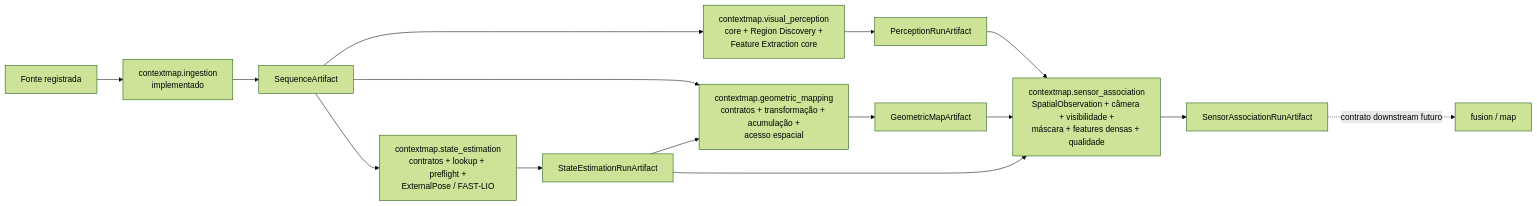
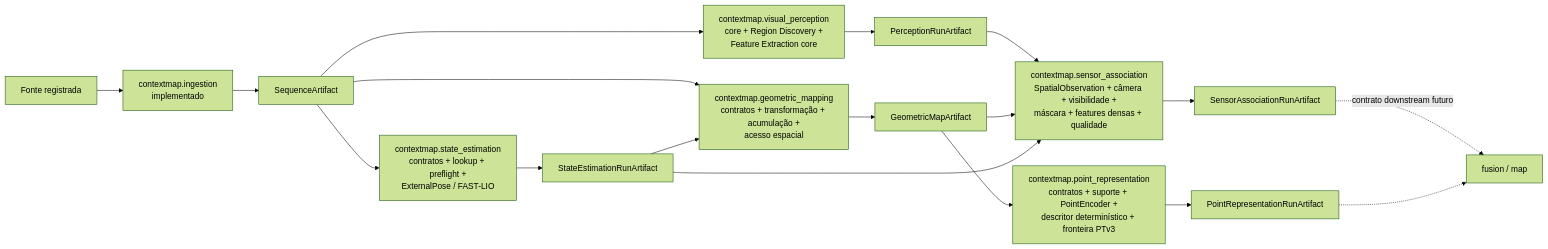
One commit to Alexandre-Tortoza/contextmap2 changed the third of 7 diagrams in docs/architecture.md. Above: the diagram before and after it, drawn with Mermaid (forest theme). The commit also changed other lines of this file and 6 other files, not shown here.

````diff
--- a/docs/architecture.md
+++ b/docs/architecture.md
@@ -116,17 +116,20 @@
 ```mermaid
 flowchart LR
     SRC["Fonte registrada"] --> ING["contextmap.ingestion<br/>implementado"]
     ING --> SA["SequenceArtifact"]
     SA --> VP["contextmap.visual_perception<br/>core + Region Discovery +<br/>Feature Extraction core"]
     VP --> PRA["PerceptionRunArtifact"]
     SA --> ST["contextmap.state_estimation<br/>contratos + lookup + preflight +<br/>ExternalPose / FAST-LIO"]
     ST --> TRA["StateEstimationRunArtifact"]
     SA --> GM["contextmap.geometric_mapping<br/>contratos + transformação + acumulação +<br/>acesso espacial"]
     TRA --> GM
     GM --> MAPA["GeometricMapArtifact"]
     PRA --> SEN["contextmap.sensor_association<br/>SpatialObservation + câmera + visibilidade +<br/>máscara + features densas + qualidade"]
     MAPA --> SEN
     TRA --> SEN
     SEN --> ASA["SensorAssociationRunArtifact"]
+    MAPA --> PTR["contextmap.point_representation<br/>contratos + suporte + PointEncoder +<br/>descritor determinístico + fronteira PTv3"]
+    PTR --> PTRA["PointRepresentationRunArtifact"]
     ASA -. contrato downstream futuro .-> NEXT["fusion / map"]
+    PTRA -.-> NEXT
 ```
````
